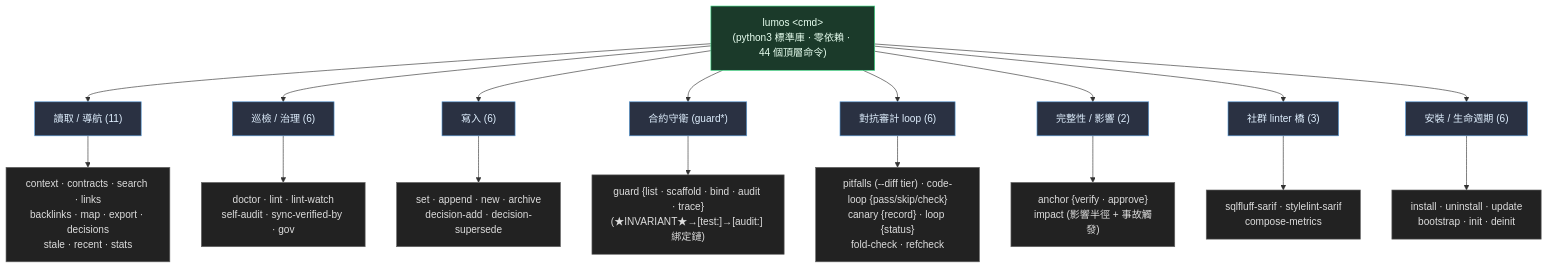
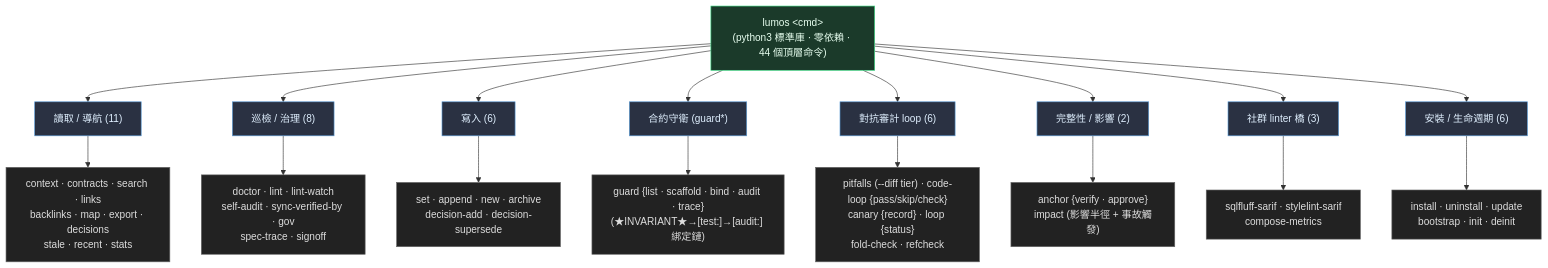
The third of 4 diagrams in ARCHITECTURE.md (EnzoHsieh-Android/Lumos), drawn with Mermaid before and after one commit. The commit also changed 5 other files, not shown here.

First line of the commit message:
fix(spec-trace/signoff): 終審折入——json 空標記路徑/跨計劃 bleed 註解/gov docstring 六帳/ARCH mermaid 8+ledger 節點六來源/空 note 殺手測試

````diff
--- a/ARCHITECTURE.md
+++ b/ARCHITECTURE.md
@@ -99,29 +99,29 @@
 ```mermaid
 flowchart TB
     ROOT["lumos &lt;cmd&gt;<br/>(python3 標準庫 · 零依賴 · 44 個頂層命令)"]
 
     ROOT --> READ["讀取 / 導航 (11)"]
-    ROOT --> HEALTH["巡檢 / 治理 (6)"]
+    ROOT --> HEALTH["巡檢 / 治理 (8)"]
     ROOT --> WRITE["寫入 (6)"]
     ROOT --> GUARD["合約守衛 (guard*)"]
     ROOT --> LOOP["對抗審計 loop (6)"]
     ROOT --> INTEG["完整性 / 影響 (2)"]
     ROOT --> SARIF["社群 linter 橋 (3)"]
     ROOT --> LIFE["安裝 / 生命週期 (6)"]
 
     READ --> R["context · contracts · search · links<br/>backlinks · map · export · decisions<br/>stale · recent · stats"]
-    HEALTH --> H["doctor · lint · lint-watch<br/>self-audit · sync-verified-by · gov"]
+    HEALTH --> H["doctor · lint · lint-watch<br/>self-audit · sync-verified-by · gov<br/>spec-trace · signoff"]
     WRITE --> W["set · append · new · archive<br/>decision-add · decision-supersede"]
     GUARD --> G["guard {list · scaffold · bind · audit · trace}<br/>(★INVARIANT★→[test:]→[audit:] 綁定鏈)"]
     LOOP --> LP["pitfalls (--diff tier) · code-loop {pass/skip/check}<br/>canary {record} · loop {status}<br/>fold-check · refcheck"]
     INTEG --> I["anchor {verify · approve}<br/>impact (影響半徑 + 事故觸發)"]
     SARIF --> ST["sqlfluff-sarif · stylelint-sarif<br/>compose-metrics"]
     LIFE --> L["install · uninstall · update<br/>bootstrap · init · deinit"]
 
     classDef root fill:#1b3a2a,stroke:#3ddc84,color:#e8fff0
     classDef cat fill:#2a3142,stroke:#5a9bd6,color:#e0f0ff
     classDef leaf fill:#222,stroke:#666,color:#ddd
     class ROOT root
     class READ,HEALTH,WRITE,GUARD,LOOP,INTEG,SARIF,LIFE cat
     class R,H,W,G,LP,I,ST,L leaf
 ```
````
